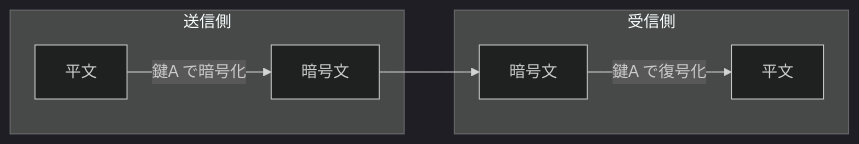
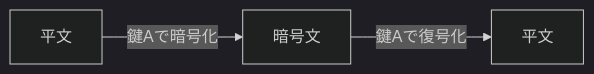
One commit to muratanaoki/party-box changed the fifth of 15 diagrams in docs/curriculum/02-aws-http.md. Above: the diagram before and after it, drawn with Mermaid (dark theme). The commit also changed other lines of this file, not shown here.

````diff
--- a/docs/curriculum/02-aws-http.md
+++ b/docs/curriculum/02-aws-http.md
@@ -171,12 +204,4 @@
 ```mermaid
 flowchart LR
-    subgraph 送信側
-        P1["平文"] -->|鍵A で暗号化| C1["暗号文"]
-    end
-
-    C1 --> C2["暗号文"]
-
-    subgraph 受信側
-        C2 -->|鍵A で復号化| P2["平文"]
-    end
+    P1["平文"] -->|鍵Aで暗号化| C["暗号文"] -->|鍵Aで復号化| P2["平文"]
 ```
````
